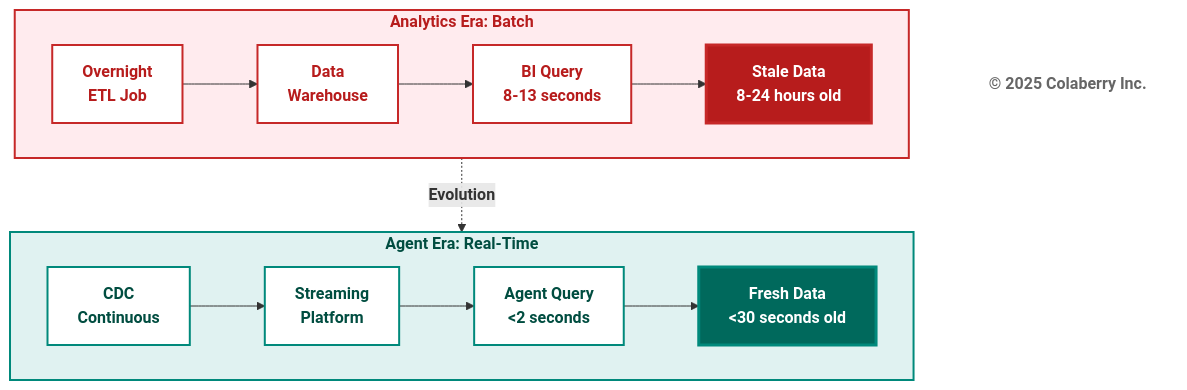
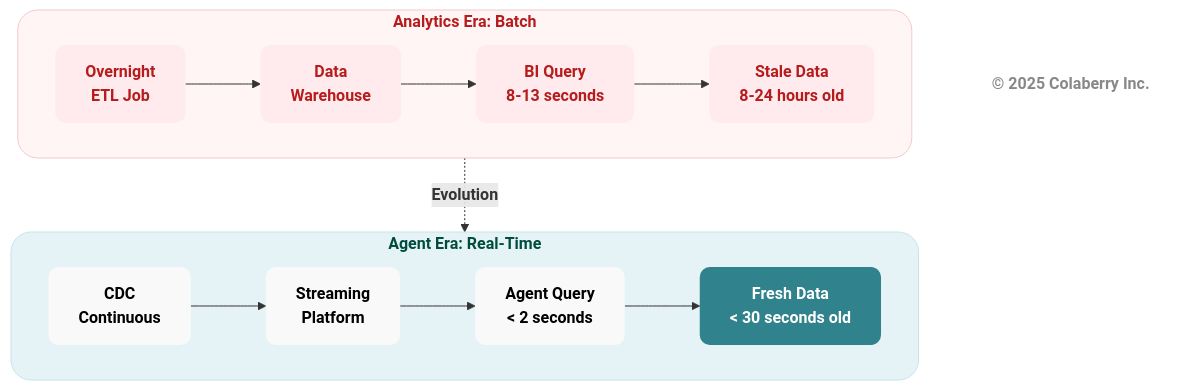
Before and after one commit to saitejesh-cyber/trust-before-intelligence-book: the seventh of 12 diagrams in manuscript/03_chapter_2_inpact_framework.md, drawn with Mermaid. The commit also changed other lines of this file and 4 other files, not shown here.

Commit message:
Chapter 1to5: Updated mermaid diagrams based on new colaberry color code

````diff
--- a/manuscript/03_chapter_2_inpact_framework.md
+++ b/manuscript/03_chapter_2_inpact_framework.md
@@ -467,35 +490,40 @@
 ```mermaid
 graph TB
     subgraph ERA1["<b>Analytics Era: Batch</b>"]
         direction LR
         A1["<b>Overnight<br/>ETL Job</b>"] --> B1["<b>Data<br/>Warehouse</b>"]
         B1 --> C1["<b>BI Query<br/>8-13 seconds</b>"]
         C1 --> D1["<b>Stale Data<br/>8-24 hours old</b>"]
         
-        style D1 fill:#b71c1c,color:#ffffff,stroke:#c62828,stroke-width:3px
+        %% 🔴 CRITICAL FAILURE
+        style D1 fill:#990000,stroke:#b71c1c,stroke-width:1px,color:#ffffff,rx:10,ry:10
     end
     
+    %% 🔵 TRANSITION
     ERA1 -.->|<b>Evolution</b>| ERA2
     
     subgraph ERA2["<b>Agent Era: Real-Time</b>"]
         direction LR
         A2["<b>CDC<br/>Continuous</b>"] --> B2["<b>Streaming<br/>Platform</b>"]
-        B2 --> C2["<b>Agent Query<br/>&lt;2 seconds</b>"]
-        C2 --> D2["<b>Fresh Data<br/>&lt;30 seconds old</b>"]
-        
-        style D2 fill:#00695c,color:#ffffff,stroke:#00897b,stroke-width:3px
+        B2 --> C2["<b>Agent Query<br/>&lt; 2 seconds</b>"]
+        C2 --> D2["<b>Fresh Data<br/>&lt; 30 seconds old</b>"]
     end
-    
-    style ERA1 fill:#ffebee,stroke:#c62828,stroke-width:2px,color:#b71c1c
-    style A1 fill:#ffffff,stroke:#c62828,stroke-width:2px,color:#b71c1c
-    style B1 fill:#ffffff,stroke:#c62828,stroke-width:2px,color:#b71c1c
-    style C1 fill:#ffffff,stroke:#c62828,stroke-width:2px,color:#b71c1c
-    
-    style ERA2 fill:#e0f2f1,stroke:#00897b,stroke-width:2px,color:#004d40
-    style A2 fill:#ffffff,stroke:#00897b,stroke-width:2px,color:#004d40
-    style B2 fill:#ffffff,stroke:#00897b,stroke-width:2px,color:#004d40
-    style C2 fill:#ffffff,stroke:#00897b,stroke-width:2px,color:#004d40
-    
+
+    %% 🔴 FAILURE / BI ERA
+    style ERA1 fill:#fff5f5,stroke:#f2caca,stroke-width:1px,color:#b71c1c,rx:20,ry:20
+    style A1 fill:#ffebee,stroke:none,color:#b71c1c,rx:10,ry:10
+    style B1 fill:#ffebee,stroke:none,color:#b71c1c,rx:10,ry:10
+    style C1 fill:#ffebee,stroke:none,color:#b71c1c,rx:10,ry:10
+    style D1 fill:#ffebee,stroke:none,color:#b71c1c,rx:10,ry:10
+
+    %% 🟢 TRUSTED / AGENT ERA
+    style ERA2 fill:#e6f3f6,stroke:#c7e3ea,stroke-width:1px,color:#004d40,rx:20,ry:20
+    style A2 fill:#f9f9f9,stroke:none,color:#000000,rx:10,ry:10
+    style B2 fill:#f9f9f9,stroke:none,color:#000000,rx:10,ry:10
+    style C2 fill:#f9f9f9,stroke:none,color:#000000,rx:10,ry:10
+    style D2 fill:#30838C,stroke:none,color:#ffffff,rx:10,ry:10
+
+    %% FOOTER
     Copyright["<b>© 2025 Colaberry Inc.</b>"]
-    style Copyright fill:#ffffff,stroke:none,color:#666666
+    style Copyright fill:none,stroke:none,color:#888888
 ```
````
